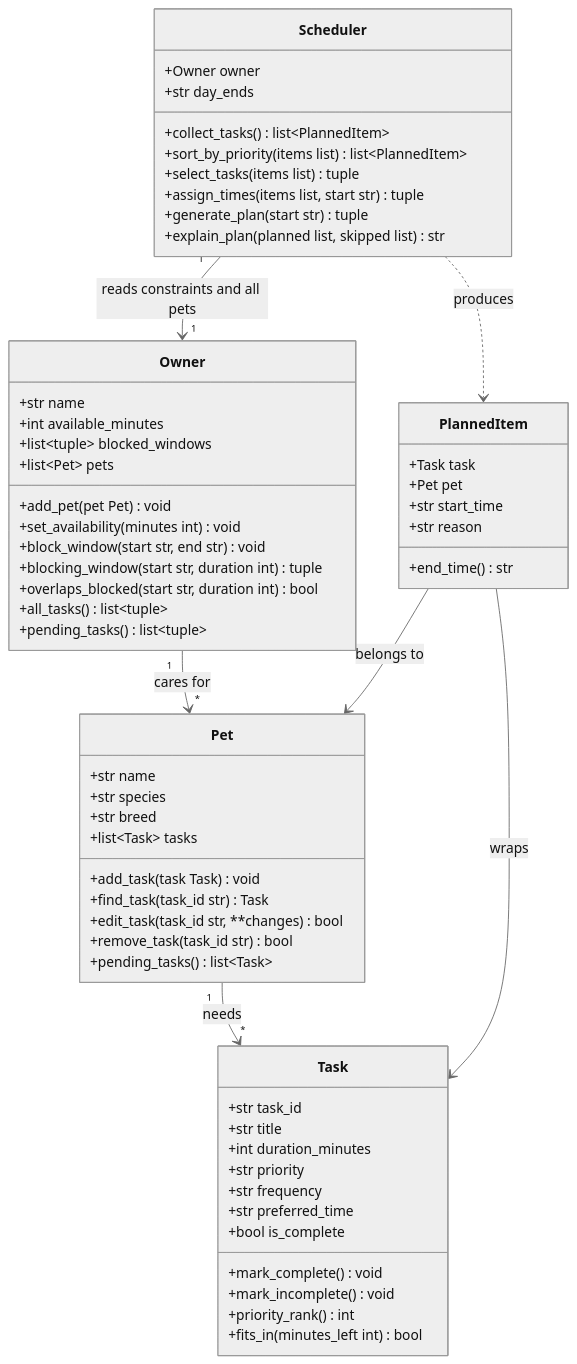
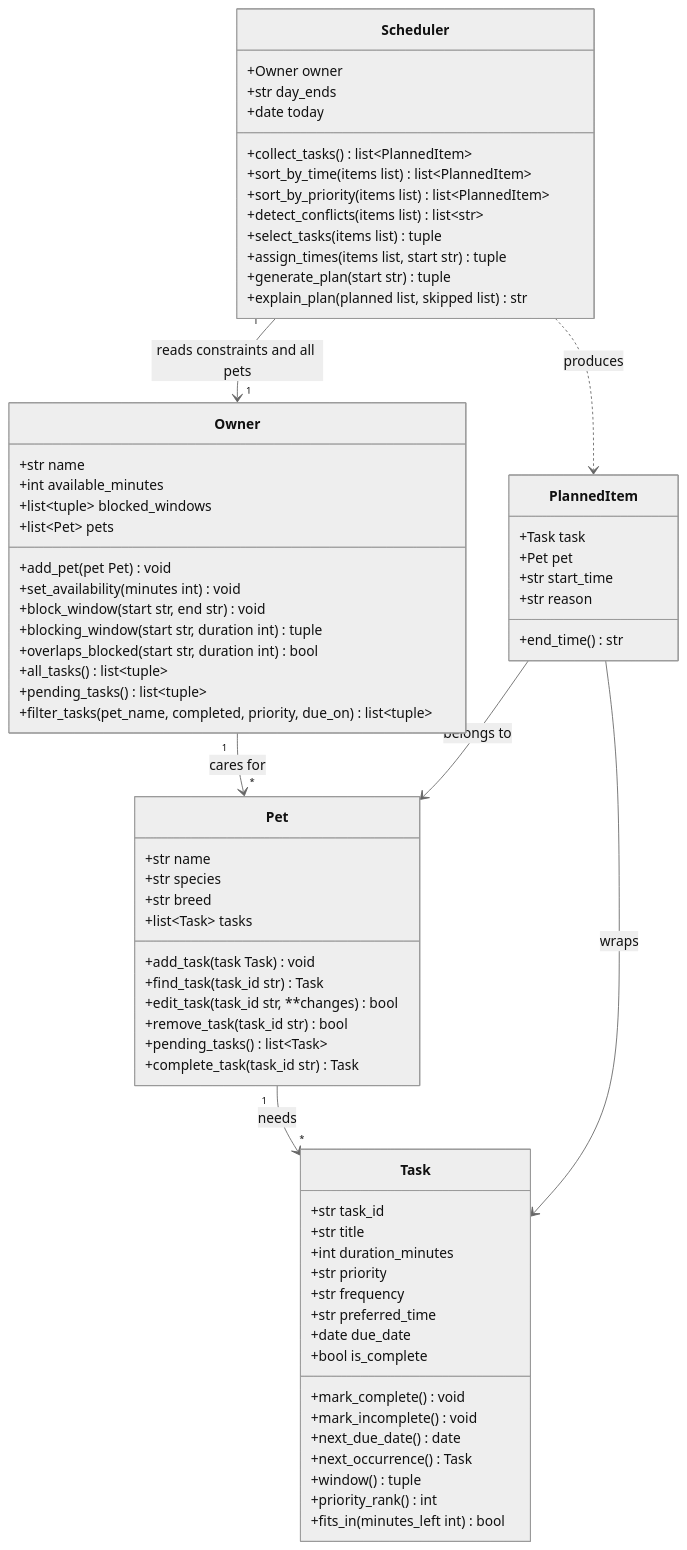
The diagram in diagrams/uml_draft.mmd (THEFLASH10002/ai110-module2show-pawpal-starter), drawn with Mermaid (neutral theme) before and after one commit. The commit also changed 6 other files, not shown here.

```diff
--- a/diagrams/uml_draft.mmd
+++ b/diagrams/uml_draft.mmd
@@ -1,69 +1,78 @@
 classDiagram
     %% PawPal+ working diagram. Drafted in Phase 2, revised in Phase 3 after
-    %% reviewing the skeleton, and updated in Phase 4 to match the built code.
+    %% reviewing the skeleton, and updated again as the scheduling logic grew.
 
     class Owner {
         +str name
         +int available_minutes
         +list~tuple~ blocked_windows
         +list~Pet~ pets
         +add_pet(pet Pet) void
         +set_availability(minutes int) void
         +block_window(start str, end str) void
         +blocking_window(start str, duration int) tuple
         +overlaps_blocked(start str, duration int) bool
         +all_tasks() list~tuple~
         +pending_tasks() list~tuple~
+        +filter_tasks(pet_name, completed, priority, due_on) list~tuple~
     }
 
     class Pet {
         +str name
         +str species
         +str breed
         +list~Task~ tasks
         +add_task(task Task) void
         +find_task(task_id str) Task
         +edit_task(task_id str, **changes) bool
         +remove_task(task_id str) bool
         +pending_tasks() list~Task~
+        +complete_task(task_id str) Task
     }
 
     class Task {
         +str task_id
         +str title
         +int duration_minutes
         +str priority
         +str frequency
         +str preferred_time
+        +date due_date
         +bool is_complete
         +mark_complete() void
         +mark_incomplete() void
+        +next_due_date() date
+        +next_occurrence() Task
+        +window() tuple
         +priority_rank() int
         +fits_in(minutes_left int) bool
     }
 
     class PlannedItem {
         +Task task
         +Pet pet
         +str start_time
         +str reason
         +end_time() str
     }
 
     class Scheduler {
         +Owner owner
         +str day_ends
+        +date today
         +collect_tasks() list~PlannedItem~
+        +sort_by_time(items list) list~PlannedItem~
         +sort_by_priority(items list) list~PlannedItem~
+        +detect_conflicts(items list) list~str~
         +select_tasks(items list) tuple
         +assign_times(items list, start str) tuple
         +generate_plan(start str) tuple
         +explain_plan(planned list, skipped list) str
     }
 
     Owner "1" --> "*" Pet : cares for
     Pet "1" --> "*" Task : needs
     Scheduler "1" --> "1" Owner : reads constraints and all pets
     Scheduler ..> PlannedItem : produces
     PlannedItem --> Task : wraps
     PlannedItem --> Pet : belongs to
```
